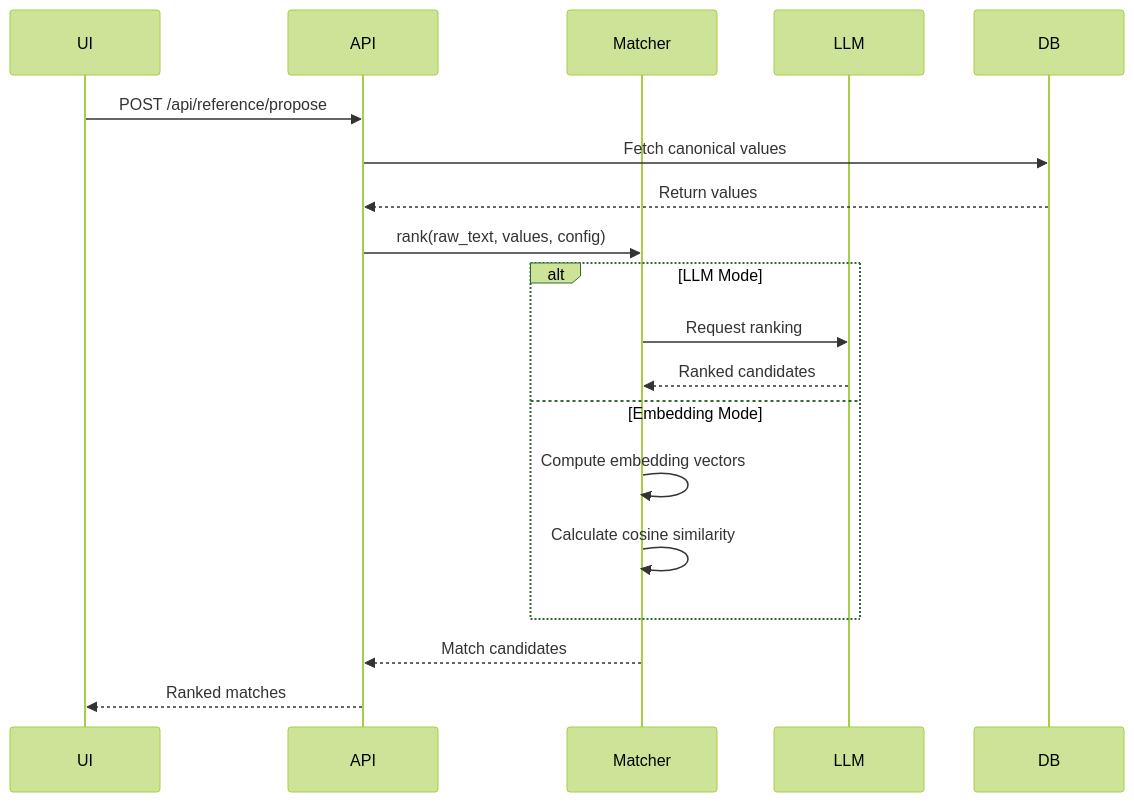
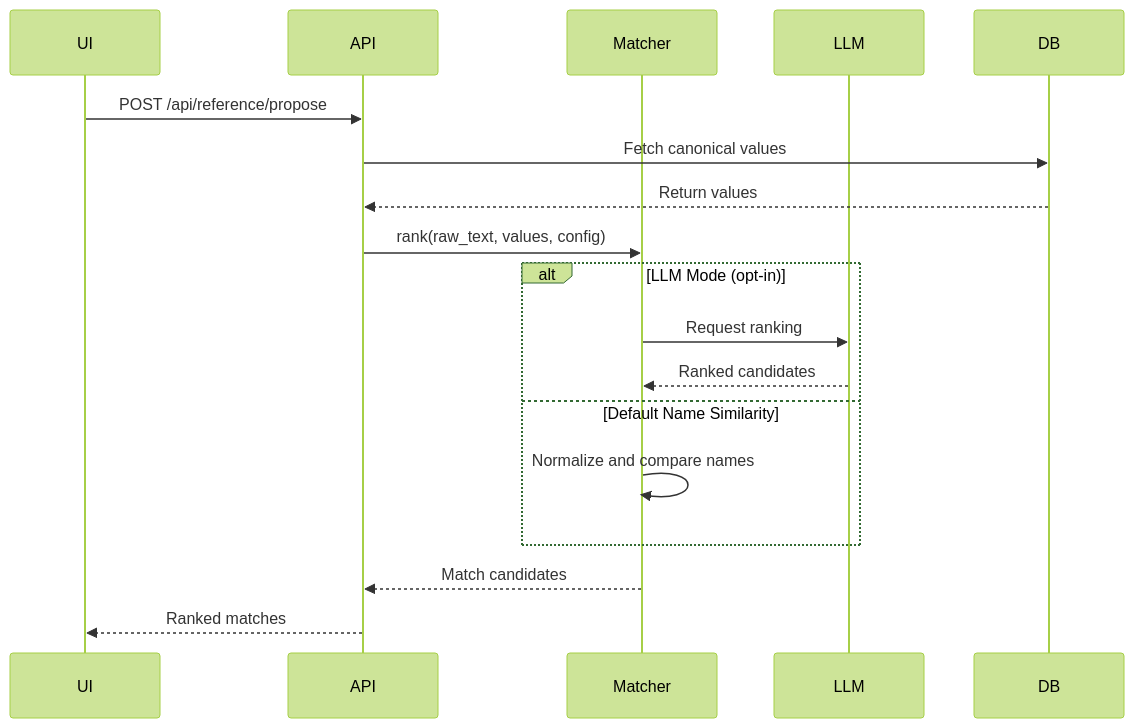
One commit to rezer-bleede/refdata-hub changed the second of 5 diagrams in docs/architecture.md. Above: the diagram before and after it, drawn with Mermaid (forest theme). The commit also changed other lines of this file and 44 other files, not shown here.

Commit message:
feat(matcher): replace embeddings with name similarity

````diff
--- a/docs/architecture.md
+++ b/docs/architecture.md
@@ -140,24 +136,23 @@
 ```mermaid
 sequenceDiagram
     participant UI
     participant API
     participant Matcher
     participant LLM
     participant DB
     
     UI->>API: POST /api/reference/propose
     API->>DB: Fetch canonical values
     DB-->>API: Return values
     API->>Matcher: rank(raw_text, values, config)
     
-    alt LLM Mode
+    alt LLM Mode (opt-in)
         Matcher->>LLM: Request ranking
         LLM-->>Matcher: Ranked candidates
-    else Embedding Mode
-        Matcher->>Matcher: Compute embedding vectors
-        Matcher->>Matcher: Calculate cosine similarity
+    else Default Name Similarity
+        Matcher->>Matcher: Normalize and compare names
     end
     
     Matcher-->>API: Match candidates
     API-->>UI: Ranked matches
 ```
````
